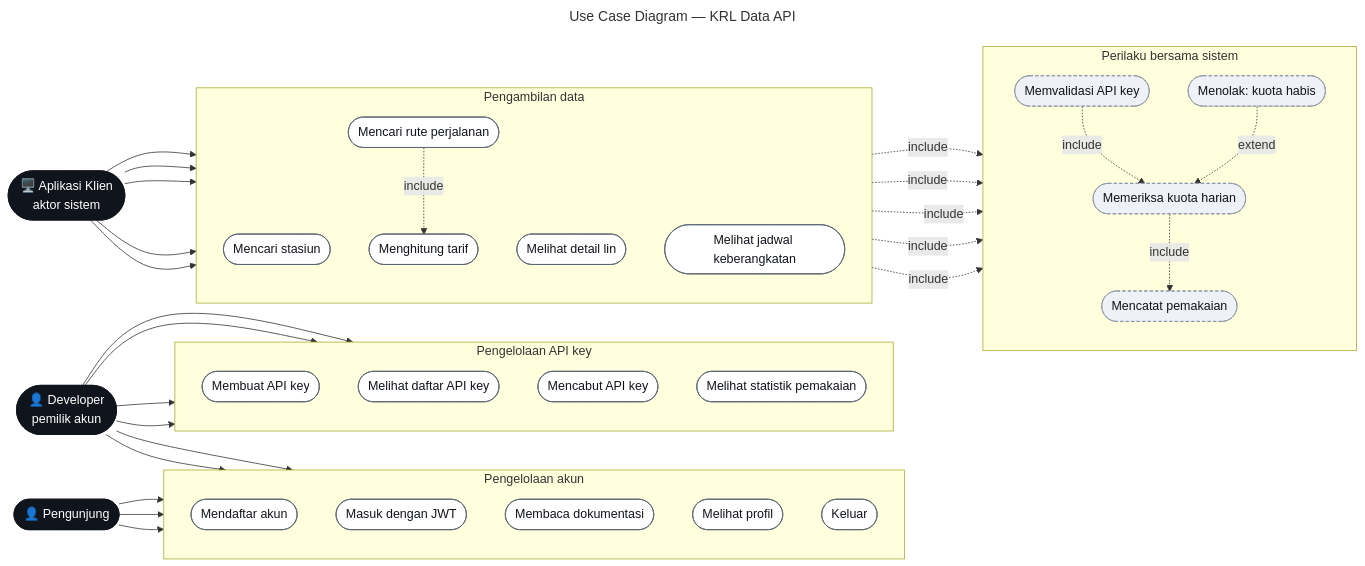
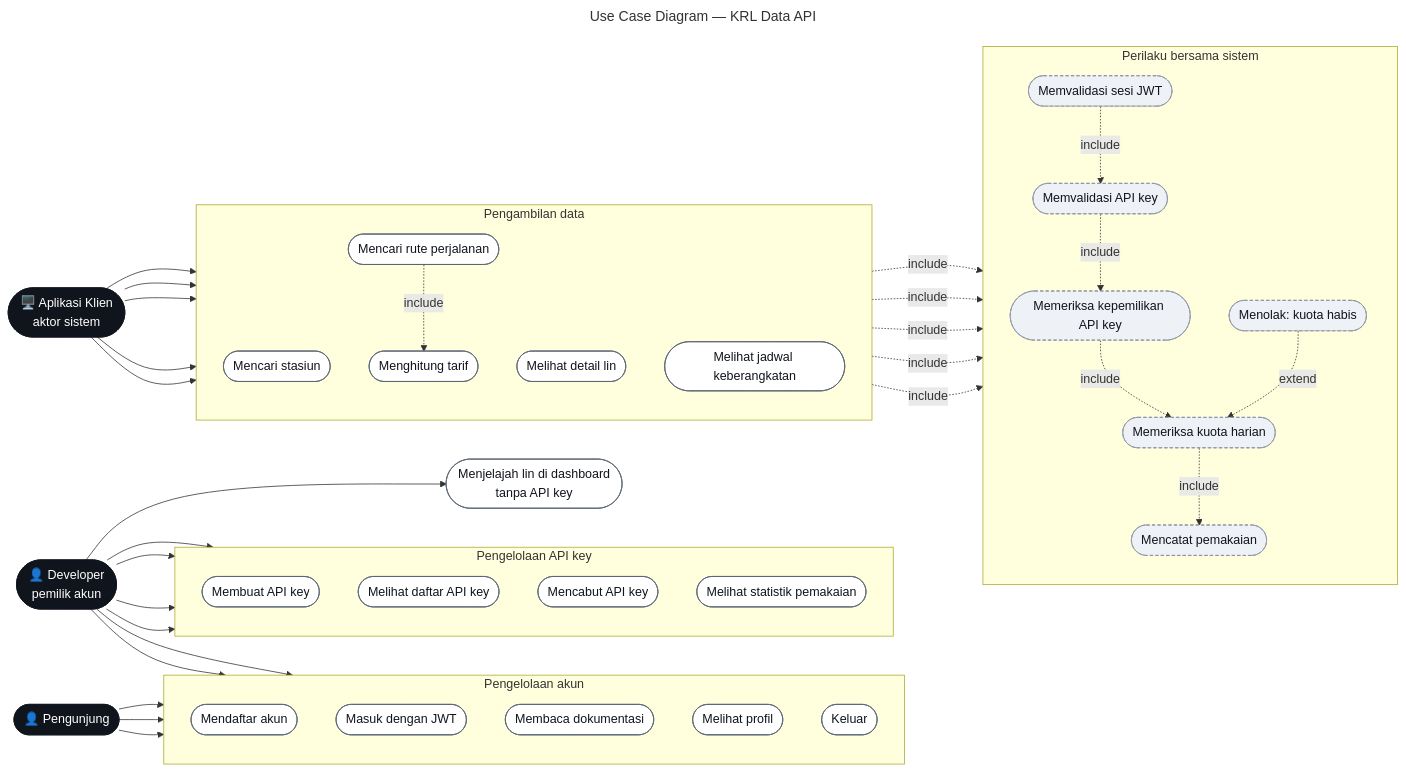
The diagram in docs/diagrams/usecase.mmd (Fannandya/api-krl), drawn with Mermaid before and after one commit. The commit also changed 8 other files, not shown here.

```diff
--- a/docs/diagrams/usecase.mmd
+++ b/docs/diagrams/usecase.mmd
@@ -1,75 +1,82 @@
 ---
 title: Use Case Diagram — KRL Data API
 ---
 flowchart LR
     PENGUNJUNG(["👤 Pengunjung"])
     DEVELOPER(["👤 Developer<br/>pemilik akun"])
     KLIEN(["🖥️ Aplikasi Klien<br/>aktor sistem"])
+
+    UC19(["Menjelajah lin di dashboard<br/>tanpa API key"])
 
     subgraph AKUN["Pengelolaan akun"]
         direction TB
         UC1(["Mendaftar akun"])
         UC2(["Masuk dengan JWT"])
         UC18(["Membaca dokumentasi"])
         UC3(["Melihat profil"])
         UC4(["Keluar"])
     end
 
     subgraph KEYS["Pengelolaan API key"]
         direction TB
         UC5(["Membuat API key"])
         UC6(["Melihat daftar API key"])
         UC7(["Mencabut API key"])
         UC8(["Melihat statistik pemakaian"])
     end
 
     subgraph DATA["Pengambilan data"]
         direction TB
         UC9(["Mencari stasiun"])
         UC10(["Melihat detail lin"])
         UC11(["Melihat jadwal keberangkatan"])
         UC12(["Mencari rute perjalanan"])
         UC13(["Menghitung tarif"])
     end
 
     subgraph BERSAMA["Perilaku bersama sistem"]
         direction TB
+        UC20(["Memvalidasi sesi JWT"])
         UC14(["Memvalidasi API key"])
+        UC21(["Memeriksa kepemilikan API key"])
         UC15(["Memeriksa kuota harian"])
         UC16(["Mencatat pemakaian"])
         UC17(["Menolak: kuota habis"])
     end
 
     PENGUNJUNG --> UC1
     PENGUNJUNG --> UC2
     PENGUNJUNG --> UC18
 
     DEVELOPER --> UC3
     DEVELOPER --> UC4
     DEVELOPER --> UC5
     DEVELOPER --> UC6
     DEVELOPER --> UC7
     DEVELOPER --> UC8
+    DEVELOPER --> UC19
 
     KLIEN --> UC9
     KLIEN --> UC10
     KLIEN --> UC11
     KLIEN --> UC12
     KLIEN --> UC13
 
-    UC9  -.->|include| UC14
-    UC10 -.->|include| UC14
-    UC11 -.->|include| UC14
-    UC12 -.->|include| UC14
-    UC13 -.->|include| UC14
-    UC14 -.->|include| UC15
+    UC9  -.->|include| UC20
+    UC10 -.->|include| UC20
+    UC11 -.->|include| UC20
+    UC12 -.->|include| UC20
+    UC13 -.->|include| UC20
+    UC20 -.->|include| UC14
+    UC14 -.->|include| UC21
+    UC21 -.->|include| UC15
     UC15 -.->|include| UC16
     UC17 -.->|extend| UC15
     UC12 -.->|include| UC13
 
     classDef aktor fill:#10141c,stroke:#10141c,color:#fff
     classDef uc fill:#fff,stroke:#5a6473,color:#10141c
     classDef bersama fill:#eef1f6,stroke:#8b95a5,color:#10141c,stroke-dasharray: 4 3
     class PENGUNJUNG,DEVELOPER,KLIEN aktor
-    class UC1,UC2,UC3,UC4,UC5,UC6,UC7,UC8,UC9,UC10,UC11,UC12,UC13,UC18 uc
-    class UC14,UC15,UC16,UC17 bersama
+    class UC1,UC2,UC3,UC4,UC5,UC6,UC7,UC8,UC9,UC10,UC11,UC12,UC13,UC18,UC19 uc
+    class UC14,UC15,UC16,UC17,UC20,UC21 bersama
```
